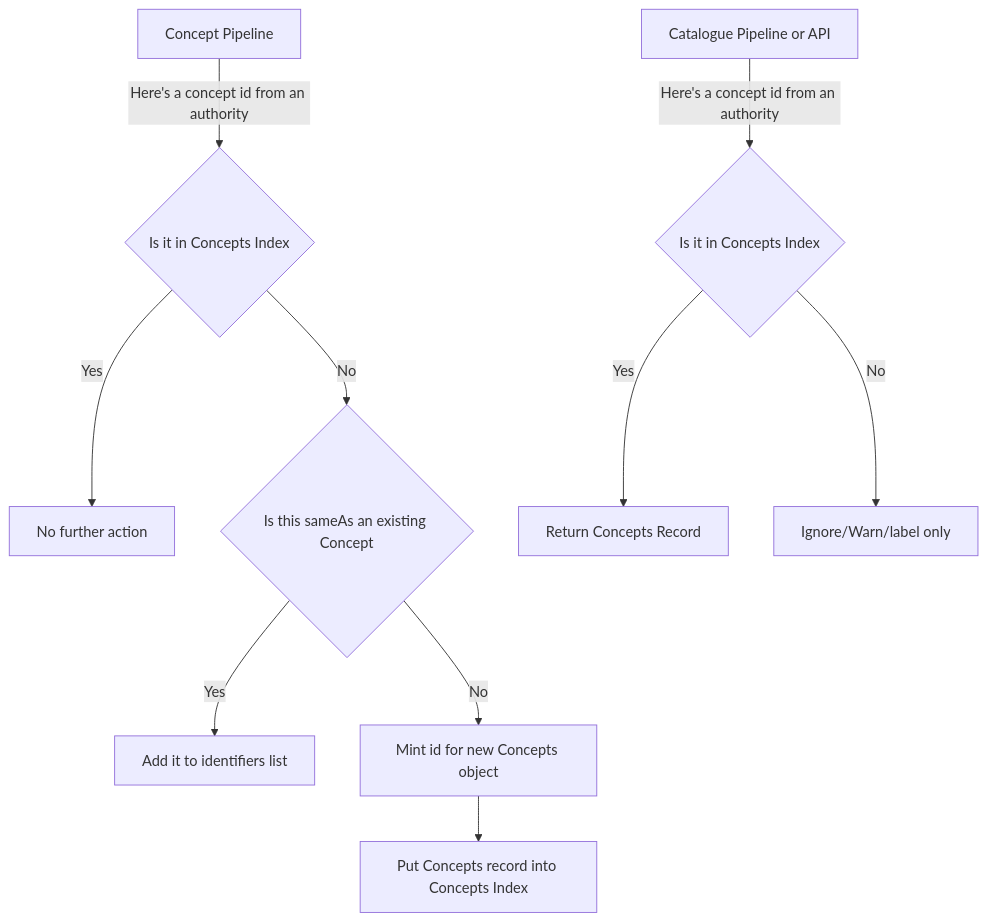
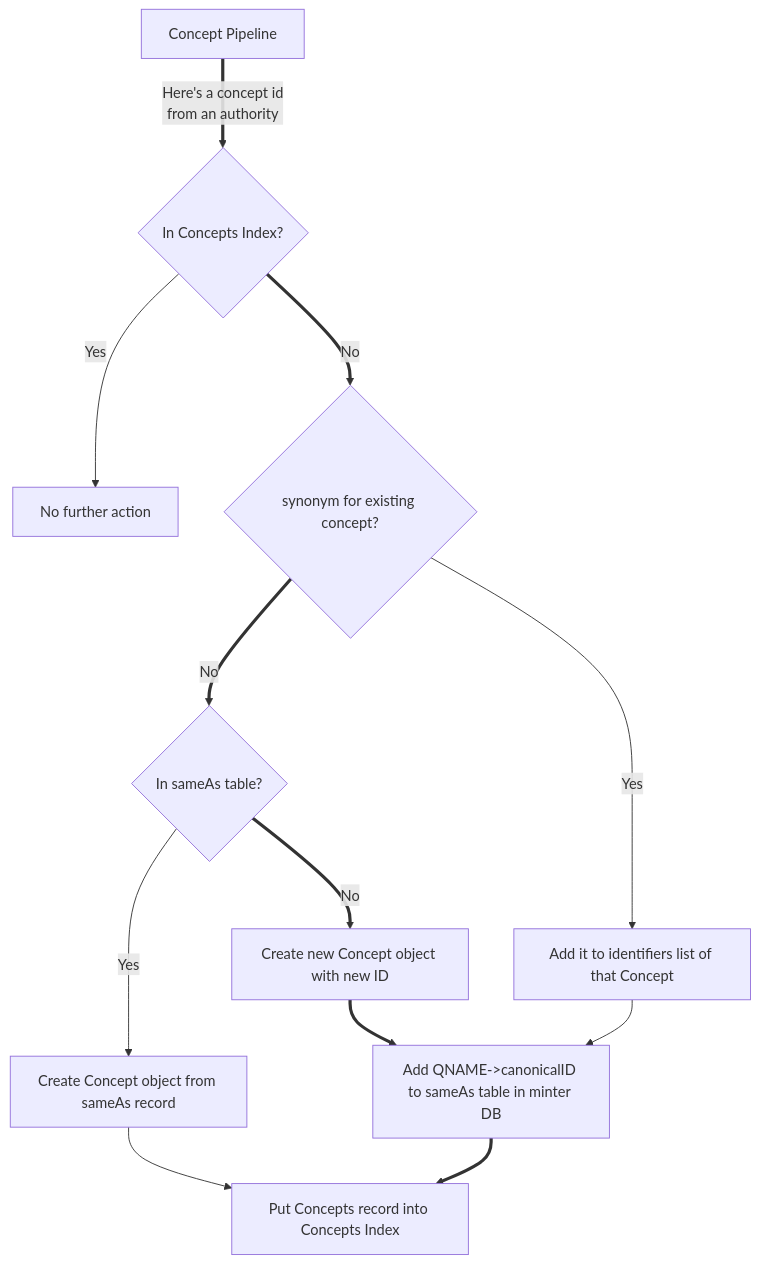
One commit to wellcomecollection/docs changed the second of 3 diagrams in rfcs/052-concepts-pipeline/README.md. Above: the diagram before and after it, drawn with Mermaid. The commit also changed other lines of this file, not shown here.

````diff
--- a/rfcs/052-concepts-pipeline/README.md
+++ b/rfcs/052-concepts-pipeline/README.md
@@ -168,15 +184,15 @@
 ```mermaid
 graph TD
-    A[Concept Pipeline] -->|Here's a concept id from an authority| B
-    B{Is it in Concepts Index}
+    A[Concept Pipeline] ==>|Here's a concept id <br/>from an authority| B
+    B{In Concepts Index?}
     B -->|Yes| C[No further action]
-    B -->|No| D{Is this sameAs an existing Concept}
-    D -->|Yes| E[Add it to identifiers list]
-    D -->|No| F[Mint id for new Concepts object]
-    F --> G[Put Concepts record into Concepts Index]
-
-    AA[Catalogue Pipeline or API] -->|Here's a concept id from an authority| BA
-    BA{Is it in Concepts Index}
-    BA -->|Yes| CA[Return Concepts Record]
-    BA -->|No| DA[Ignore/Warn/label only]
+    B ==>|No| D{synonym for existing concept?}
+    D -->|Yes| E[Add it to identifiers list of that Concept]
+    D ==>|No| I{In sameAs table?}
+    I -->|Yes| J[Create Concept object from sameAs record]
+    J --> H
+    I ==>|No| K[Create new Concept object with new ID]
+    K ==> G
+    G ==> H[Put Concepts record into Concepts Index]
+    E --> G[Add QNAME->canonicalID to sameAs table in minter DB]
 ```
````
